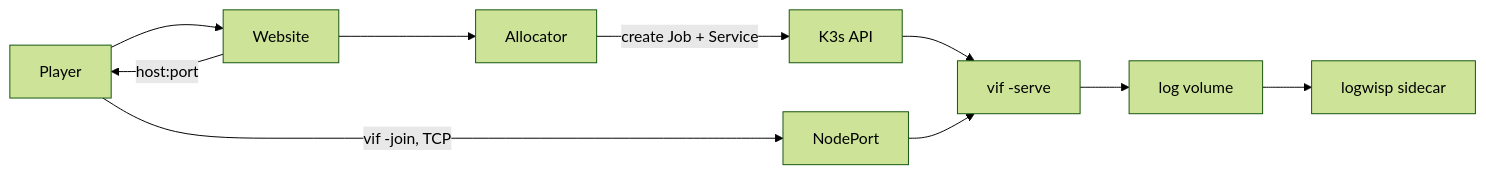
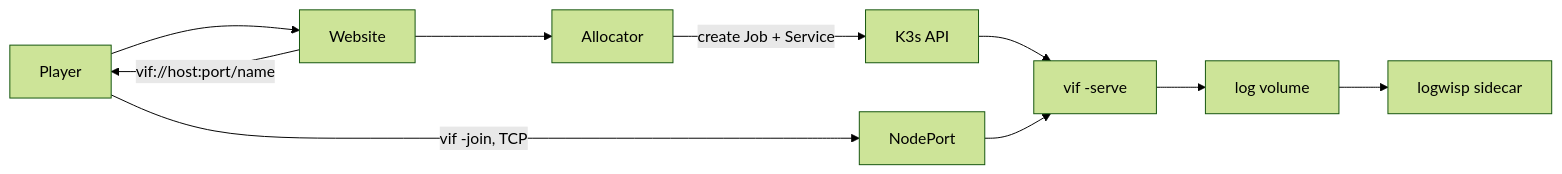
Before and after one commit to lixenwraith/vi-fighter: the diagram in doc/kubernetes-fleet.md, drawn with Mermaid (forest theme). The commit also changed other lines of this file and 20 other files, not shown here.

````diff
--- a/doc/kubernetes-fleet.md
+++ b/doc/kubernetes-fleet.md
@@ -25,10 +26,10 @@
 ```mermaid
 flowchart LR
     Player["Player"] --> Site["Website"]
     Site --> Alloc["Allocator"]
     Alloc -->|"create Job + Service"| API["K3s API"]
     API --> Pod["vif -serve"]
-    Site -->|"host:port"| Player
+    Site -->|"vif://host:port/name"| Player
     Player -->|"vif -join, TCP"| NP["NodePort"] --> Pod
     Pod --> Logs["log volume"] --> Wisp["logwisp sidecar"]
 ```
````
